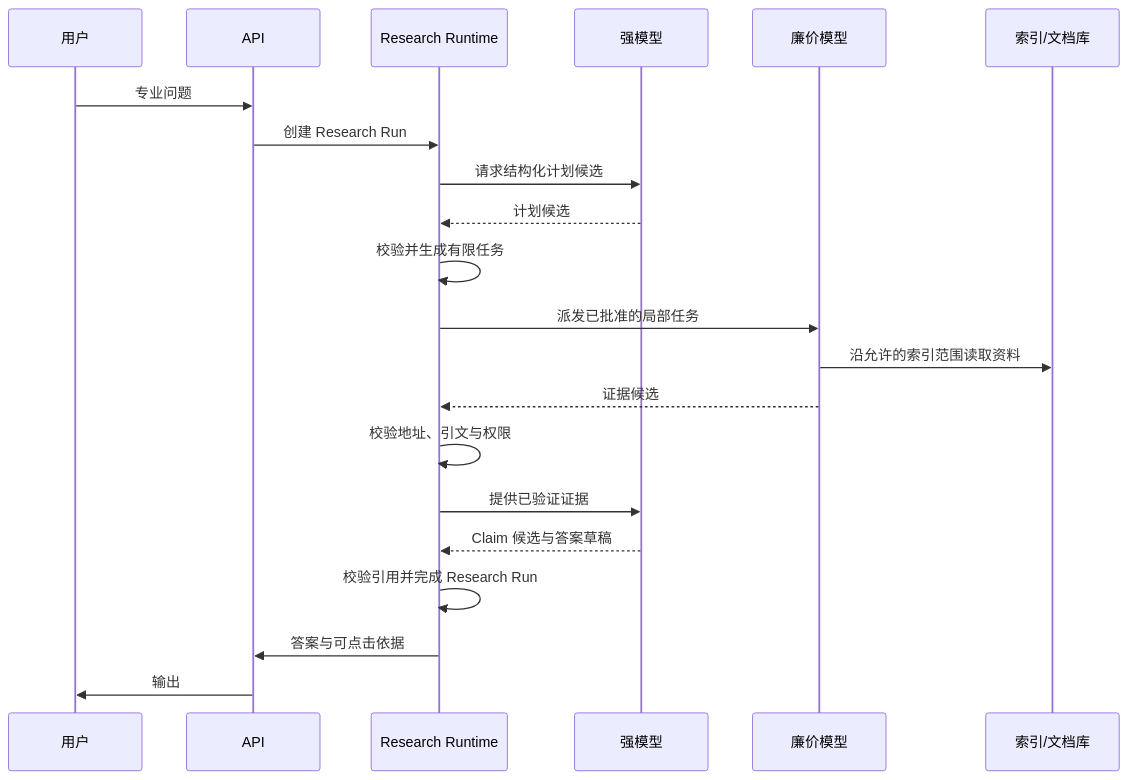
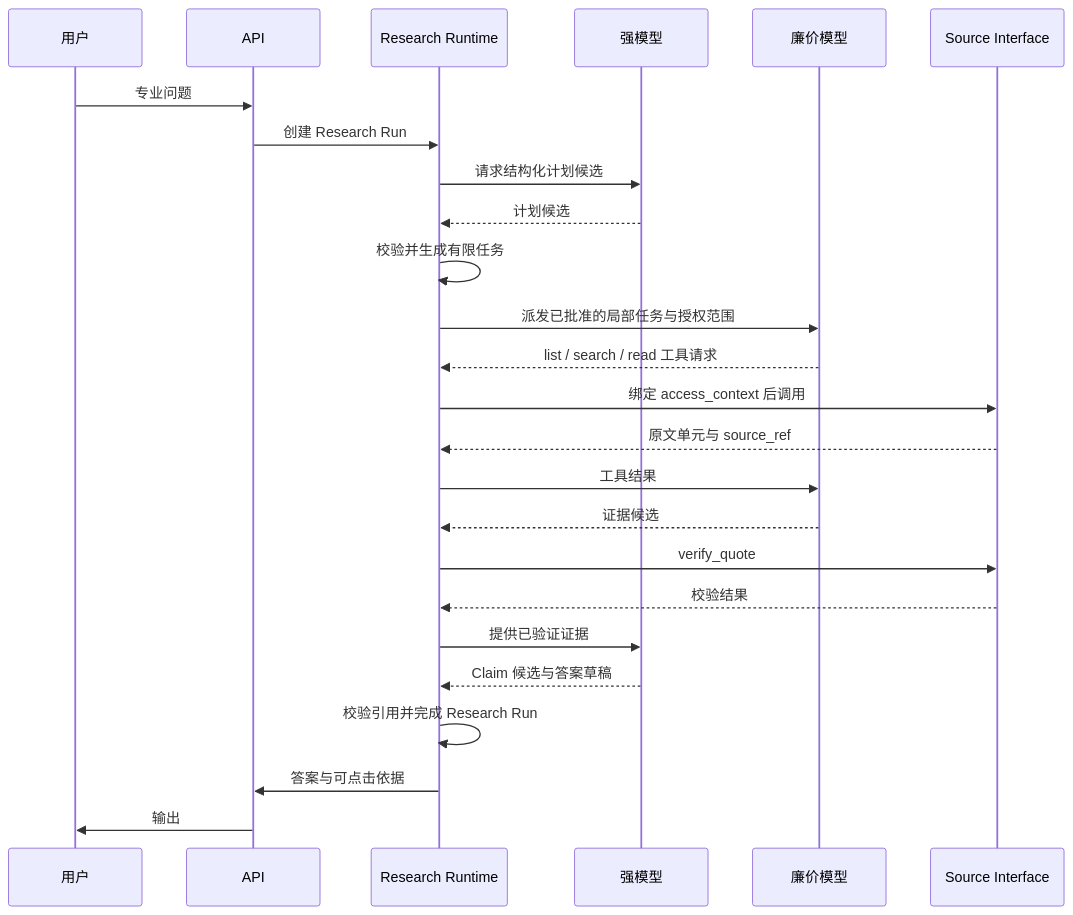
One commit to SuperCatQR/traceable-research-runtime changed the second of 2 diagrams in docs/architecture.md. Above: the diagram before and after it, drawn with Mermaid. The commit also changed other lines of this file and 1 other file, not shown here.

Commit message:
docs: design source interface boundary

````diff
--- a/docs/architecture.md
+++ b/docs/architecture.md
@@ -154,24 +180,28 @@
 ```mermaid
 sequenceDiagram
     participant U as 用户
     participant A as API
     participant R as Research Runtime
     participant S as 强模型
     participant C as 廉价模型
-    participant K as 索引/文档库
+    participant SI as Source Interface
 
     U->>A: 专业问题
     A->>R: 创建 Research Run
     R->>S: 请求结构化计划候选
     S-->>R: 计划候选
     R->>R: 校验并生成有限任务
-    R->>C: 派发已批准的局部任务
-    C->>K: 沿允许的索引范围读取资料
+    R->>C: 派发已批准的局部任务与授权范围
+    C-->>R: list / search / read 工具请求
+    R->>SI: 绑定 access_context 后调用
+    SI-->>R: 原文单元与 source_ref
+    R->>C: 工具结果
     C-->>R: 证据候选
-    R->>R: 校验地址、引文与权限
+    R->>SI: verify_quote
+    SI-->>R: 校验结果
     R->>S: 提供已验证证据
     S-->>R: Claim 候选与答案草稿
     R->>R: 校验引用并完成 Research Run
     R->>A: 答案与可点击依据
     A->>U: 输出
 ```
````
